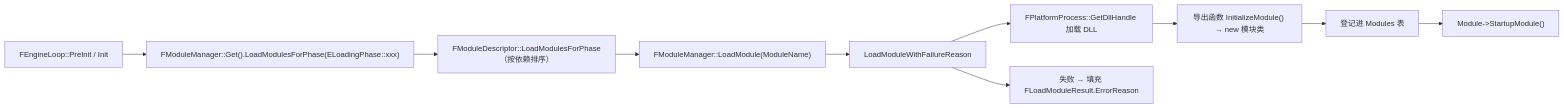
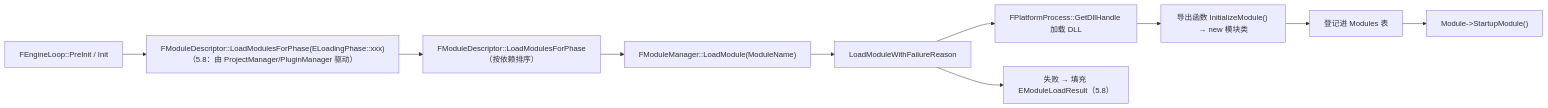
Before and after one commit to fantuan812/learning: the second of 2 diagrams in 游戏知识/12-引擎源码分析/08-Tick与模块系统源码.md, drawn with Mermaid. The commit also changed other lines of this file and 17 other files, not shown here.

````diff
--- a/游戏知识/12-引擎源码分析/08-Tick与模块系统源码.md
+++ b/游戏知识/12-引擎源码分析/08-Tick与模块系统源码.md
@@ -524,12 +499,12 @@
 ```mermaid
 flowchart LR
-    A["FEngineLoop::PreInit / Init"] --> B["FModuleManager::Get().LoadModulesForPhase(ELoadingPhase::xxx)"]
+ A["FEngineLoop::PreInit / Init"] --> B["FModuleDescriptor::LoadModulesForPhase(ELoadingPhase::xxx)（5.8：由 ProjectManager/PluginManager 驱动）"]
     B --> C["FModuleDescriptor::LoadModulesForPhase（按依赖排序）"]
     C --> D["FModuleManager::LoadModule(ModuleName)"]
     D --> E["LoadModuleWithFailureReason"]
     E --> F["FPlatformProcess::GetDllHandle 加载 DLL"]
     F --> G["导出函数 InitializeModule() → new 模块类"]
     G --> H["登记进 Modules 表"]
     H --> I["Module->StartupModule()"]
-    E --> J["失败 → 填充 FLoadModuleResult.ErrorReason"]
+ E --> J["失败 → 填充 EModuleLoadResult（5.8）"]
 ```
````
